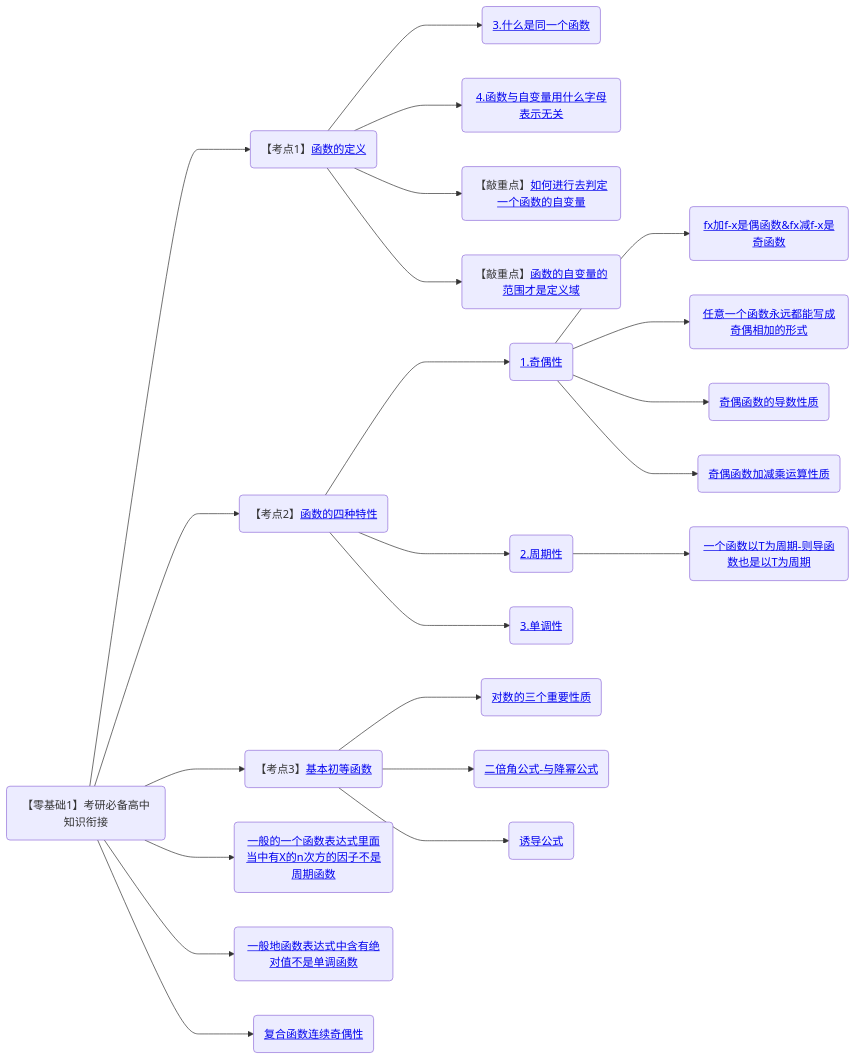
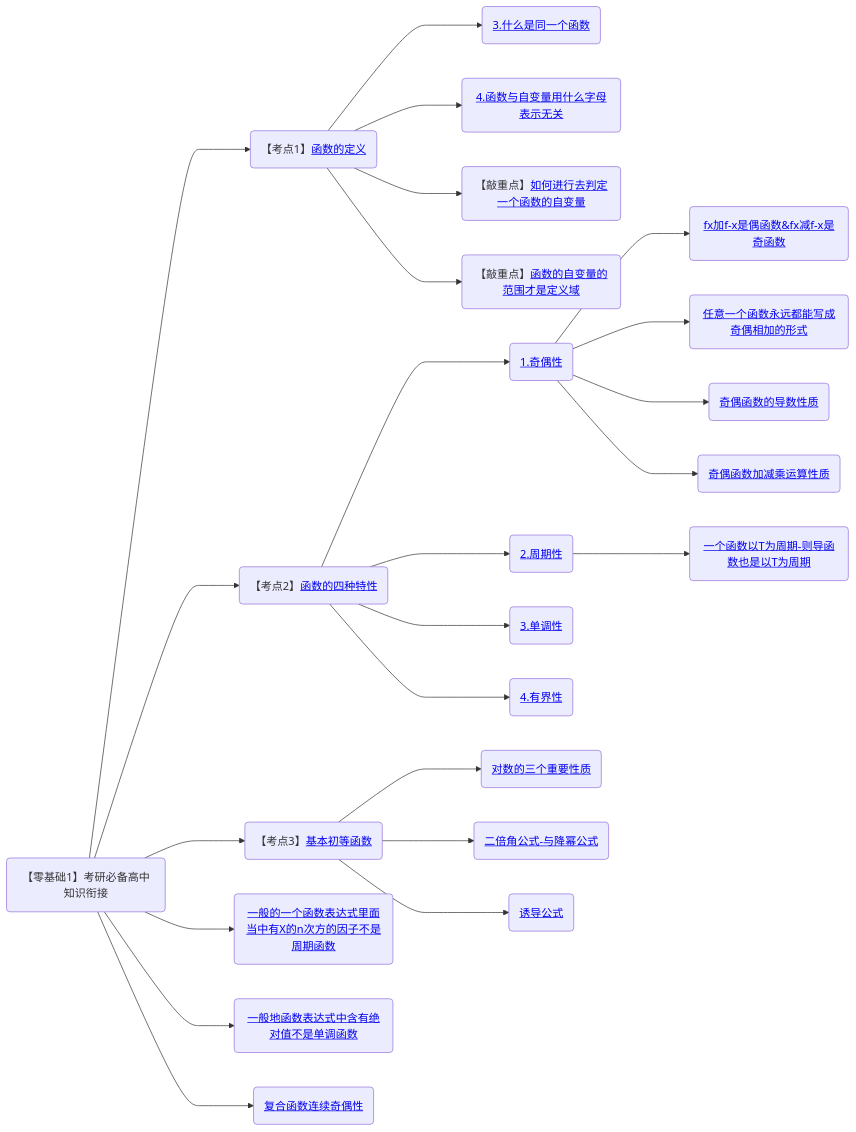
One commit to yuebinghui/note changed the second of 11 diagrams in 笔记/数学/周洋鑫/00.框架.md. Above: the diagram before and after it, drawn with Mermaid. The commit also changed 2 other files, not shown here.

Commit message:
Wed Sep 11 16:00:01 CST 2024

````diff
--- a/笔记/数学/周洋鑫/00.框架.md
+++ b/笔记/数学/周洋鑫/00.框架.md
@@ -11,35 +11,36 @@
 ```mermaid
 graph LR
 考研必备高中知识衔接(【零基础1】考研必备高中知识衔接)
 
 考研必备高中知识衔接--->函数的定义(【考点1】<a href="/Users/yuebinghui/Documents/program/github/note/笔记/数学/周洋鑫/02.零基础核心考点精讲1-1～2-1.md#函数的定义">函数的定义</>)
 函数的定义--->3.什么是同一个函数(<a href="/Users/yuebinghui/Documents/program/github/note/笔记/数学/周洋鑫/02.零基础核心考点精讲1-1～2-1.md#3.什么是同一个函数">3.什么是同一个函数</>)
 函数的定义--->4.函数与自变量用什么字母表示无关(<a href="/Users/yuebinghui/Documents/program/github/note/笔记/数学/周洋鑫/02.零基础核心考点精讲1-1～2-1.md#4.函数与自变量用什么字母表示无关">4.函数与自变量用什么字母表示无关</>)
 函数的定义--->如何进行去判定一个函数的自变量(【敲重点】<a href="/Users/yuebinghui/Documents/program/github/note/笔记/数学/周洋鑫/02.零基础核心考点精讲1-1～2-1.md#如何进行去判定一个函数的自变量">如何进行去判定一个函数的自变量</>)
 函数的定义--->函数的自变量的范围才是定义域(【敲重点】<a href="/Users/yuebinghui/Documents/program/github/note/笔记/数学/周洋鑫/02.零基础核心考点精讲1-1～2-1.md#函数的自变量的范围才是定义域">函数的自变量的范围才是定义域</>)
 
 考研必备高中知识衔接--->函数的四种特性(【考点2】<a href="/Users/yuebinghui/Documents/program/github/note/笔记/数学/周洋鑫/02.零基础核心考点精讲1-1～2-1.md#函数的四种特性">函数的四种特性</>)
 函数的四种特性--->1.奇偶性(<a href="/Users/yuebinghui/Documents/program/github/note/笔记/数学/周洋鑫/02.零基础核心考点精讲1-1～2-1.md#1.奇偶性">1.奇偶性</>)
 1.奇偶性--->fx加f-x是偶函数&fx减f-x是奇函数(<a href="/Users/yuebinghui/Documents/program/github/note/笔记/数学/周洋鑫/02.零基础核心考点精讲1-1～2-1.md#fx加f-x是偶函数&fx减f-x是奇函数">fx加f-x是偶函数&fx减f-x是奇函数</>)
 1.奇偶性--->任意一个函数永远都能写成奇偶相加的形式(<a href="/Users/yuebinghui/Documents/program/github/note/笔记/数学/周洋鑫/02.零基础核心考点精讲1-1～2-1.md#任意一个函数永远都能写成奇偶相加的形式">任意一个函数永远都能写成奇偶相加的形式</>)
 1.奇偶性--->奇偶函数的导数性质(<a href="/Users/yuebinghui/Documents/program/github/note/笔记/数学/周洋鑫/02.零基础核心考点精讲1-1～2-1.md#奇偶函数的导数性质">奇偶函数的导数性质</>)
 1.奇偶性--->奇偶函数加减乘运算性质(<a href="/Users/yuebinghui/Documents/program/github/note/笔记/数学/周洋鑫/02.零基础核心考点精讲1-1～2-1.md#奇偶函数加减乘运算性质">奇偶函数加减乘运算性质</>)
 函数的四种特性--->2.周期性(<a href="/Users/yuebinghui/Documents/program/github/note/笔记/数学/周洋鑫/02.零基础核心考点精讲1-1～2-1.md#2.周期性 ">2.周期性 </>)
 2.周期性--->一个函数以T为周期-则导函数也是以T为周期(<a href="/Users/yuebinghui/Documents/program/github/note/笔记/数学/周洋鑫/02.零基础核心考点精讲1-1～2-1.md#一个函数以T为周期-则导函数也是以T为周期">一个函数以T为周期-则导函数也是以T为周期</>)
 函数的四种特性--->3.单调性(<a href="/Users/yuebinghui/Documents/program/github/note/笔记/数学/周洋鑫/02.零基础核心考点精讲1-1～2-1.md#3.单调性">3.单调性</>)
+函数的四种特性--->4.有界性(<a href="/Users/yuebinghui/Documents/program/github/note/笔记/数学/周洋鑫/02.零基础核心考点精讲1-1～2-1.md#4.有界性">4.有界性</>)
 
 
 
 考研必备高中知识衔接--->基本初等函数(【考点3】<a href="/Users/yuebinghui/Documents/program/github/note/笔记/数学/周洋鑫/02.零基础核心考点精讲1-1～2-1.md#基本初等函数">基本初等函数</>)
 基本初等函数--->对数的三个重要性质(<a href="/Users/yuebinghui/Documents/program/github/note/笔记/数学/周洋鑫/02.零基础核心考点精讲1-1～2-1.md#对数的三个重要性质">对数的三个重要性质</>)
 基本初等函数--->二倍角公式-与降幂公式(<a href="/Users/yuebinghui/Documents/program/github/note/笔记/数学/周洋鑫/02.零基础核心考点精讲1-1～2-1.md#二倍角公式-与降幂公式">二倍角公式-与降幂公式</>)
 基本初等函数--->诱导公式(<a href="/Users/yuebinghui/Documents/program/github/note/笔记/数学/周洋鑫/02.零基础核心考点精讲1-1～2-1.md#诱导公式">诱导公式</>)
 
 
 
 考研必备高中知识衔接--->一般的一个函数表达式里面当中有X的n次方的因子不是周期函数(<a href="/Users/yuebinghui/Documents/program/github/note/笔记/数学/周洋鑫/04.零基础核心考点精讲3-2.md#一般的一个函数表达式里面当中有X的n次方的因子不是周期函数">一般的一个函数表达式里面当中有X的n次方的因子不是周期函数</>)
 考研必备高中知识衔接--->一般地函数表达式中含有绝对值不是单调函数(<a href="/Users/yuebinghui/Documents/program/github/note/笔记/数学/周洋鑫/04.零基础核心考点精讲3-2.md#一般地函数表达式中含有绝对值不是单调函数">一般地函数表达式中含有绝对值不是单调函数</>)
 考研必备高中知识衔接--->复合函数连续奇偶性(<a href="/Users/yuebinghui/Documents/program/github/note/笔记/数学/周洋鑫/05.1.零基础核心考点精讲4-2.md#复合函数连续奇偶性">复合函数连续奇偶性</>)
 
 
 ```
````
